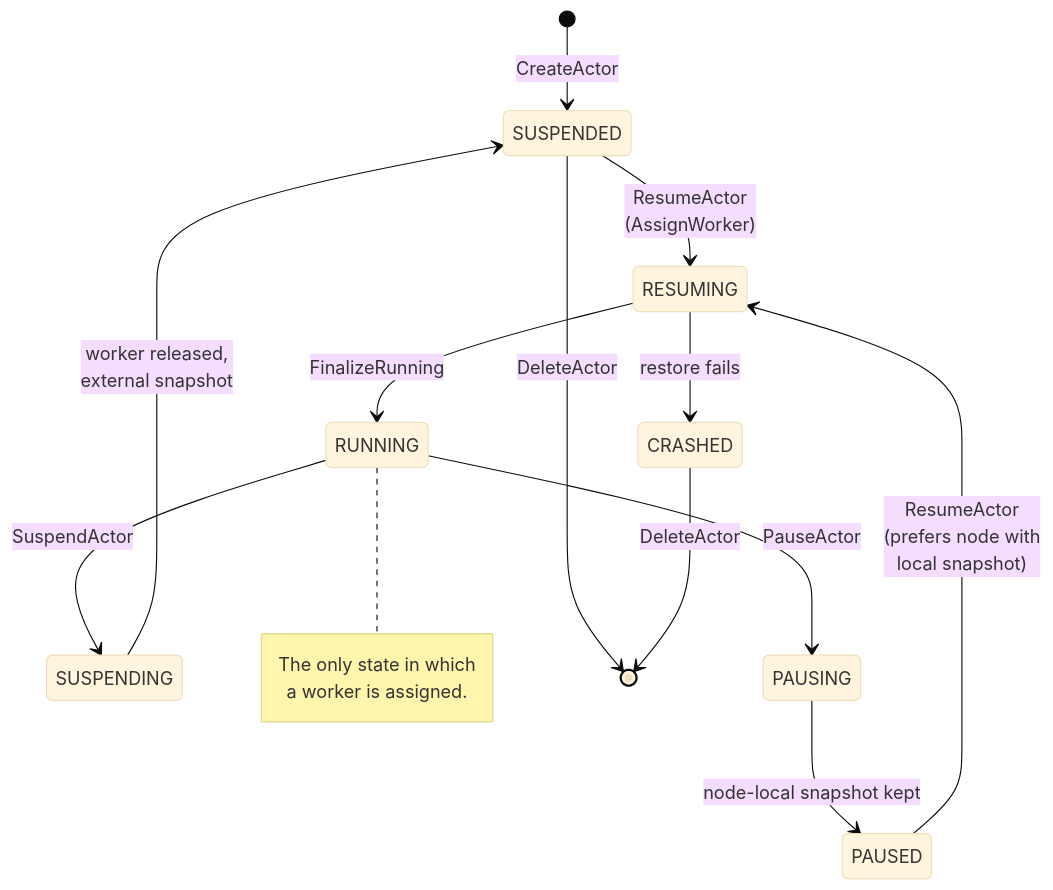
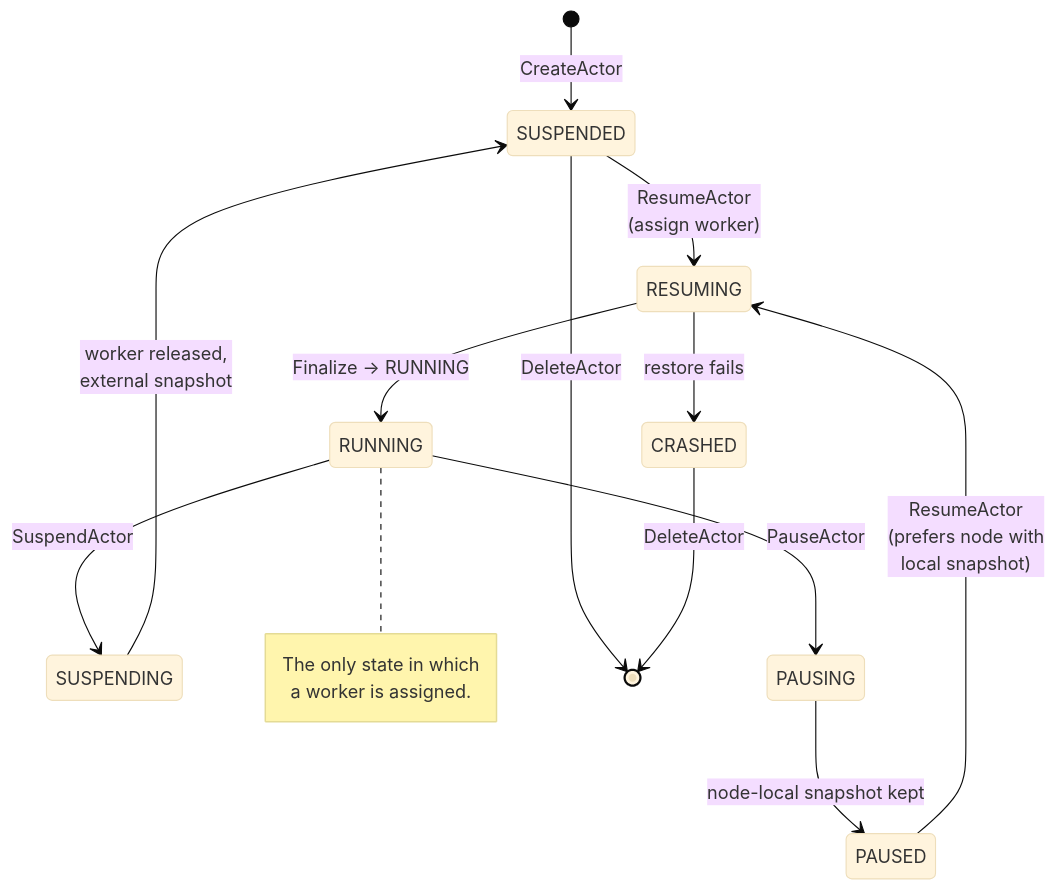
Before and after one commit to christian-posta/substrate: the second of 2 diagrams in atlas/src/content/docs/flows/resume-actor.mdx, drawn with Mermaid (base theme). The commit also changed other lines of this file and 27 other files, not shown here.

````diff
--- a/atlas/src/content/docs/flows/resume-actor.mdx
+++ b/atlas/src/content/docs/flows/resume-actor.mdx
@@ -338,18 +311,18 @@
 ```mermaid
 stateDiagram-v2
   [*] --> SUSPENDED: CreateActor
-  SUSPENDED --> RESUMING: ResumeActor<br/>(AssignWorker)
+  SUSPENDED --> RESUMING: ResumeActor<br/>(assign worker)
   PAUSED --> RESUMING: ResumeActor<br/>(prefers node with<br/>local snapshot)
-  RESUMING --> RUNNING: FinalizeRunning
+  RESUMING --> RUNNING: Finalize → RUNNING
   RESUMING --> CRASHED: restore fails
   RUNNING --> SUSPENDING: SuspendActor
   RUNNING --> PAUSING: PauseActor
   SUSPENDING --> SUSPENDED: worker released,<br/>external snapshot
   PAUSING --> PAUSED: node-local snapshot kept
   SUSPENDED --> [*]: DeleteActor
   CRASHED --> [*]: DeleteActor
   note right of RUNNING
     The only state in which
     a worker is assigned.
   end note
 ```
````
